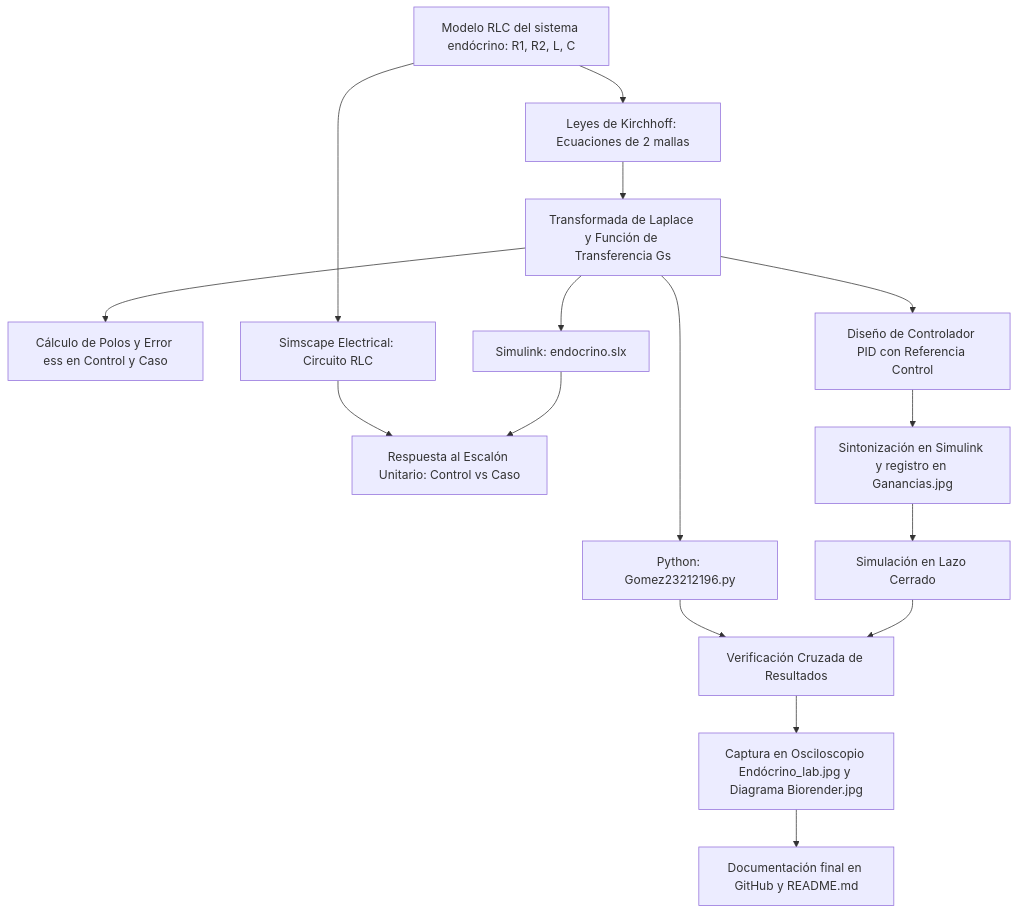
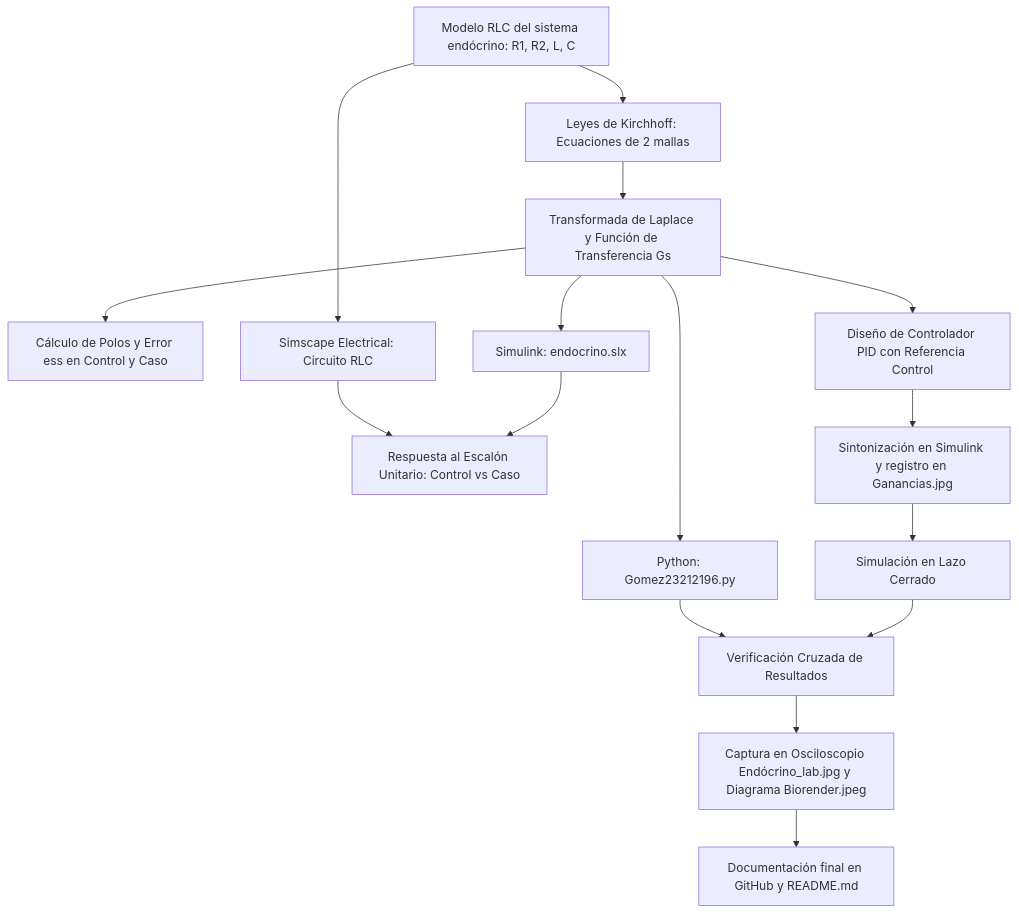
Before and after one commit to EmiCrack132/MSFP4: the second of 2 diagrams in README.md, drawn with Mermaid. The commit also changed other lines of this file, not shown here.

````diff
--- a/README.md
+++ b/README.md
@@ -319,18 +319,18 @@
 ```mermaid
 flowchart TD
     A[Modelo RLC del sistema endócrino: R1, R2, L, C] --> B[Leyes de Kirchhoff: Ecuaciones de 2 mallas]
     B --> C[Transformada de Laplace y Función de Transferencia Gs]
     C --> D[Cálculo de Polos y Error ess en Control y Caso]
     C --> E[Simulink: endocrino.slx]
     A --> F[Simscape Electrical: Circuito RLC]
     E --> G[Respuesta al Escalón Unitario: Control vs Caso]
     F --> G
     C --> H[Diseño de Controlador PID con Referencia Control]
     H --> I[Sintonización en Simulink y registro en Ganancias.jpg]
     I --> J[Simulación en Lazo Cerrado]
     C --> K[Python: Gomez23212196.py]
     J --> L[Verificación Cruzada de Resultados]
     K --> L
-    L --> M[Captura en Osciloscopio Endócrino_lab.jpg y Diagrama Biorender.jpg]
+    L --> M[Captura en Osciloscopio Endócrino_lab.jpg y Diagrama Biorender.jpeg]
     M --> N[Documentación final en GitHub y README.md]
 ```
````
